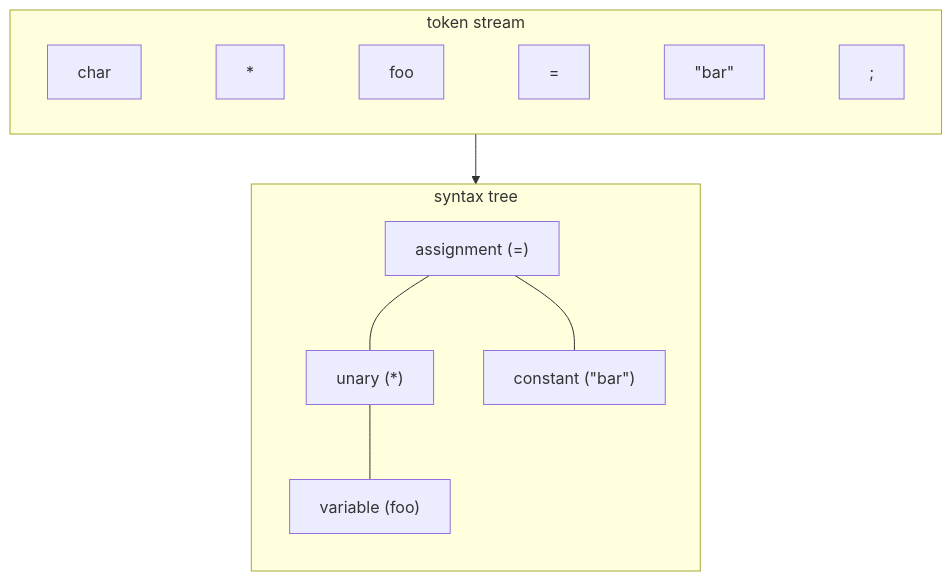
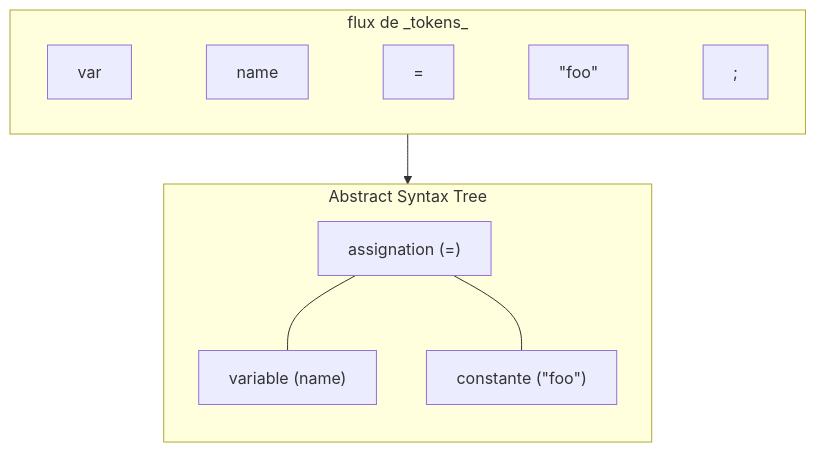
Before and after one commit to Pvlerick/DevDay2025: the sixth of 11 diagrams in slides.md, drawn with Mermaid. The commit also changed other lines of this file and 6 other files, not shown here.

````diff
--- a/slides.md
+++ b/slides.md
@@ -158,16 +167,14 @@
 ```mermaid
 flowchart TB
-    subgraph token_stream [token stream]
-    char~~~star2[#42;]~~~foo~~~eq2["#61;"]~~~str["#34;bar#34;"]~~~sc2["#59;"]
+    subgraph token_stream [flux de _tokens_]
+    var~~~name~~~eq["#61;"]~~~str["#34;foo#34;"]~~~sc2["#59;"]
     end
-    subgraph syntax_tree [syntax tree]
+    subgraph syntax_tree [Abstract Syntax Tree]
         direction TB
-        a["assignment (=)"]
-        u["unary (*)"]
-        c["constant (#34;bar#34;)"]
-        d["variable (foo)"]
-        a --- u & c
-        u --- d
+        a["assignation (=)"]
+        c["constante (#34;foo#34;)"]
+        d["variable (name)"]
+        a --- d & c
     end
     token_stream --> syntax_tree
 ```
````
